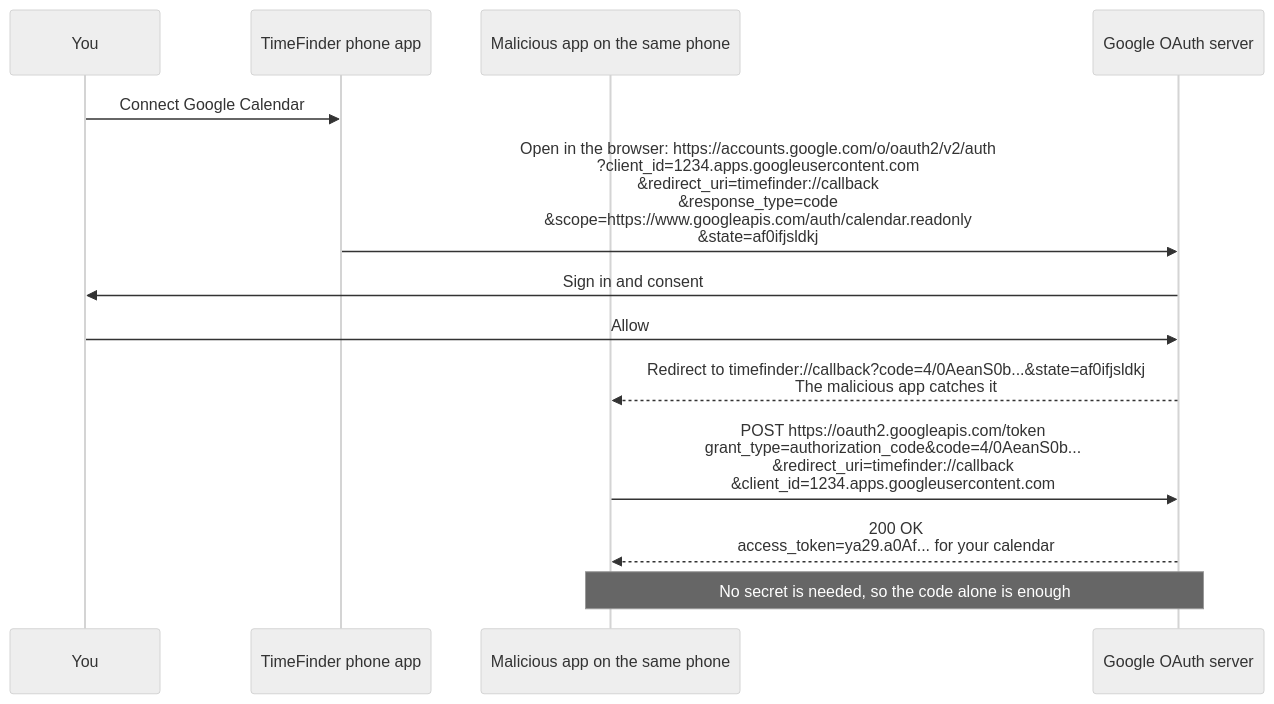
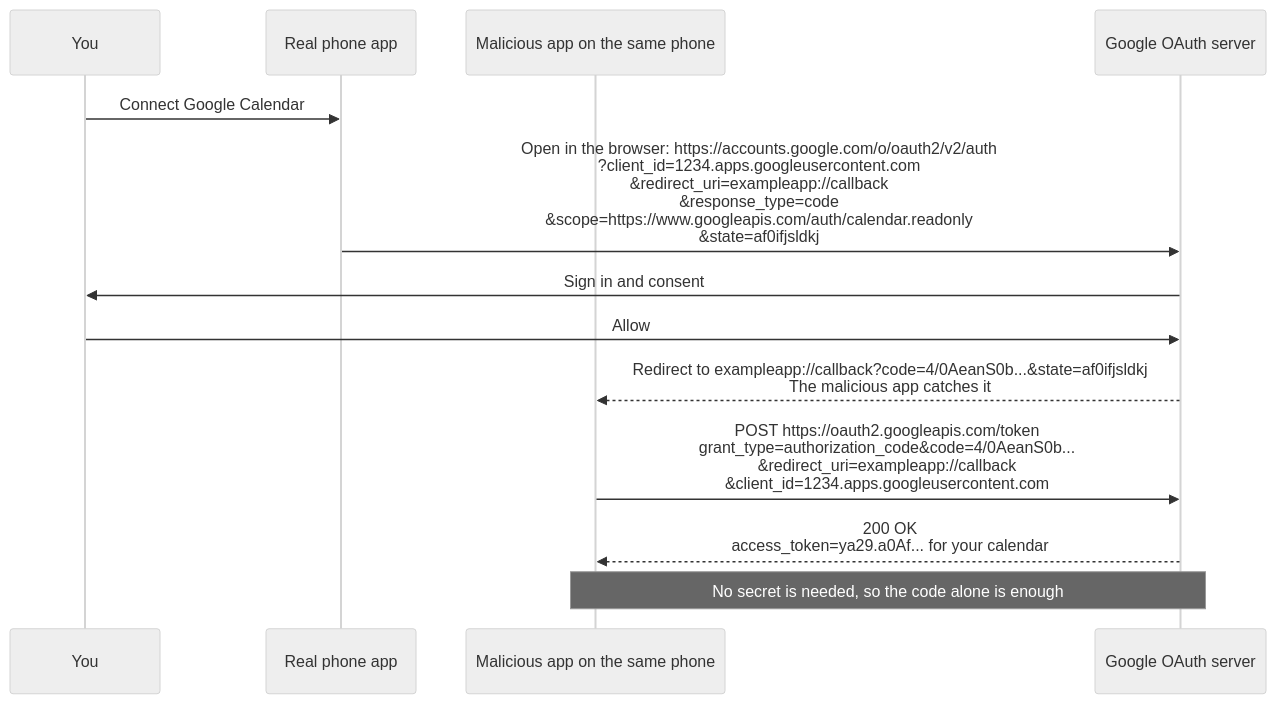
Before and after one commit to fsw0422/sd-handbook: the third of 4 diagrams in cheatsheets/oauth.md, drawn with Mermaid (neutral theme). The commit also changed other lines of this file and 2 other files, not shown here.

First line of the commit message:
docs: use generic example names in the auth cheat sheets

````diff
--- a/cheatsheets/oauth.md
+++ b/cheatsheets/oauth.md
@@ -156,16 +156,16 @@
 ```mermaid
 sequenceDiagram
     participant U as You
-    participant T as TimeFinder phone app
+    participant T as Real phone app
     participant M as Malicious app on the same phone
     participant G as Google OAuth server
 
     U->>T: Connect Google Calendar
-    T->>G: Open in the browser: https://accounts.google.com/o/oauth2/v2/auth<br/>?client_id=1234.apps.googleusercontent.com<br/>&redirect_uri=timefinder://callback<br/>&response_type=code<br/>&scope=https://www.googleapis.com/auth/calendar.readonly<br/>&state=af0ifjsldkj
+    T->>G: Open in the browser: https://accounts.google.com/o/oauth2/v2/auth<br/>?client_id=1234.apps.googleusercontent.com<br/>&redirect_uri=exampleapp://callback<br/>&response_type=code<br/>&scope=https://www.googleapis.com/auth/calendar.readonly<br/>&state=af0ifjsldkj
     G->>U: Sign in and consent
     U->>G: Allow
-    G-->>M: Redirect to timefinder://callback?code=4/0AeanS0b...&state=af0ifjsldkj<br/>The malicious app catches it
-    M->>G: POST https://oauth2.googleapis.com/token<br/>grant_type=authorization_code&code=4/0AeanS0b...<br/>&redirect_uri=timefinder://callback<br/>&client_id=1234.apps.googleusercontent.com
+    G-->>M: Redirect to exampleapp://callback?code=4/0AeanS0b...&state=af0ifjsldkj<br/>The malicious app catches it
+    M->>G: POST https://oauth2.googleapis.com/token<br/>grant_type=authorization_code&code=4/0AeanS0b...<br/>&redirect_uri=exampleapp://callback<br/>&client_id=1234.apps.googleusercontent.com
     G-->>M: 200 OK<br/>access_token=ya29.a0Af... for your calendar
     Note over M,G: No secret is needed, so the code alone is enough
 ```
````
